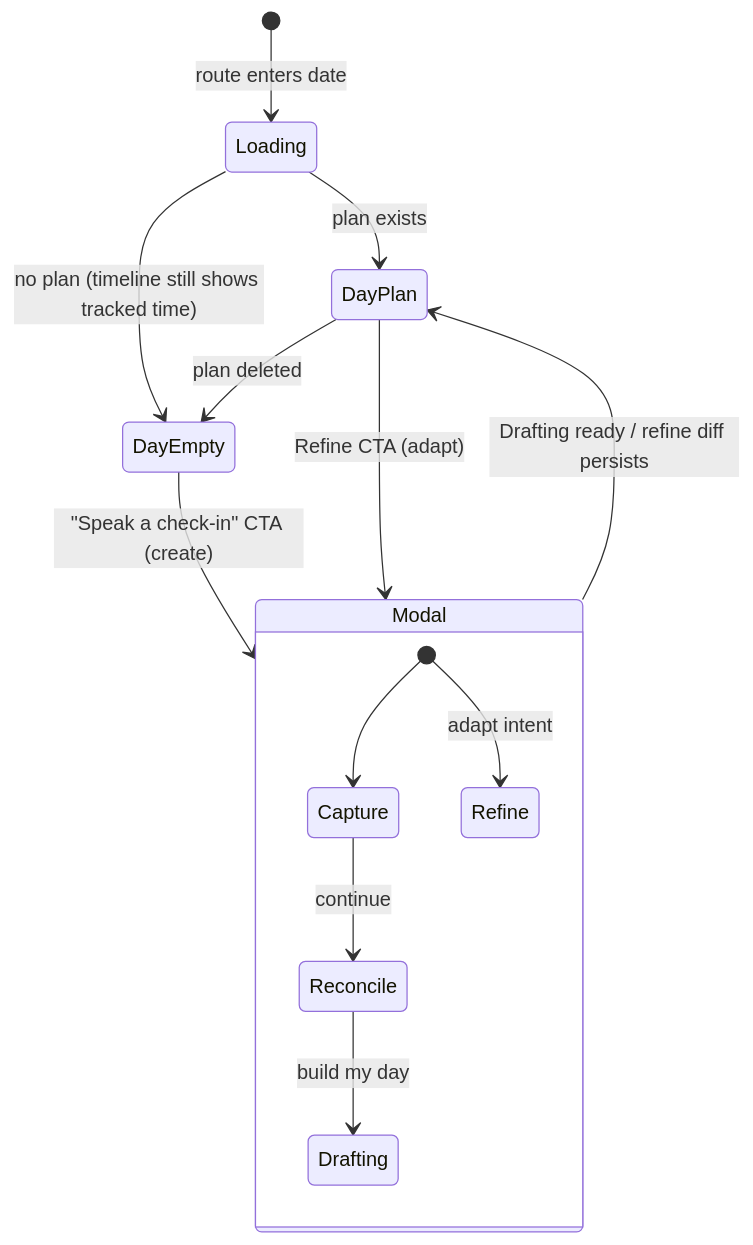
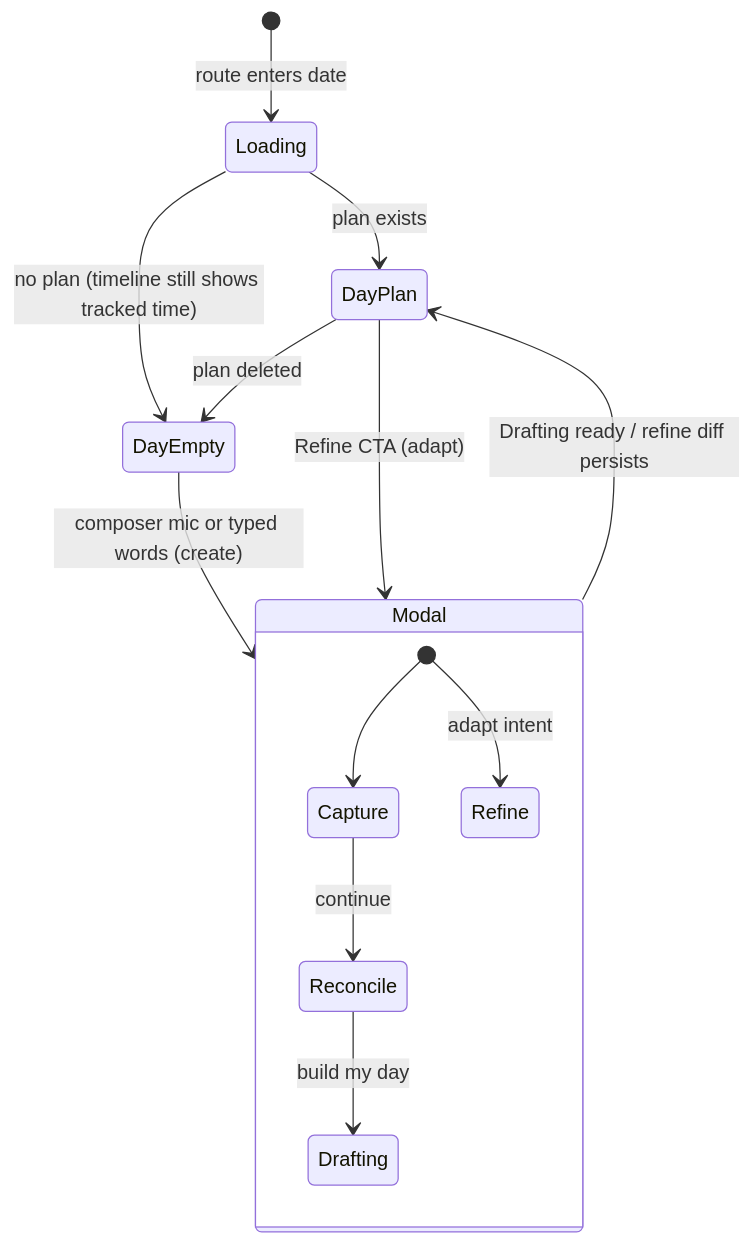
One commit to matthiasn/lotti changed the first of 2 diagrams in knowledge/features/daily_os_next/overview.md. Above: the diagram before and after it, drawn with Mermaid. The commit also changed other lines of this file and 48 other files, not shown here.

First line of the commit message:
feat(daily-os): talk or type a check-in from the Day composer

````diff
--- a/knowledge/features/daily_os_next/overview.md
+++ b/knowledge/features/daily_os_next/overview.md
@@ -71,16 +71,16 @@
 ```mermaid
 stateDiagram-v2
   [*] --> Loading: route enters date
   Loading --> DayPlan: plan exists
   Loading --> DayEmpty: no plan (timeline still shows tracked time)
-  DayEmpty --> Modal: "Speak a check-in" CTA (create)
+  DayEmpty --> Modal: composer mic or typed words (create)
   DayPlan --> Modal: Refine CTA (adapt)
   state Modal {
     [*] --> Capture
     Capture --> Reconcile: continue
     Reconcile --> Drafting: build my day
     [*] --> Refine: adapt intent
   }
   Modal --> DayPlan: Drafting ready / refine diff persists
   DayPlan --> DayEmpty: plan deleted
 ```
````
